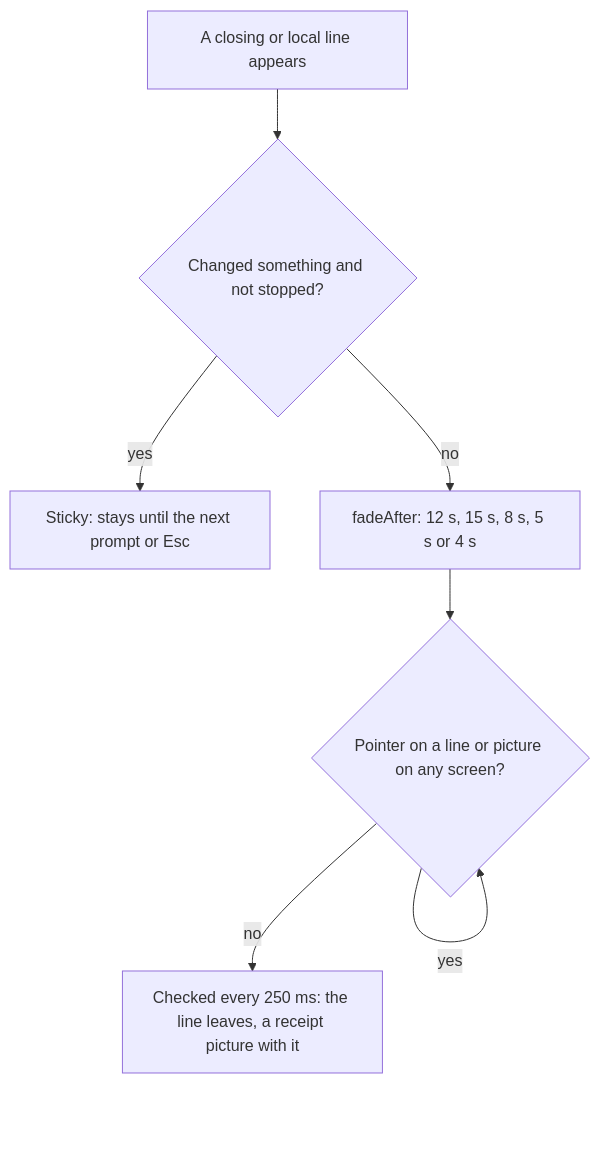
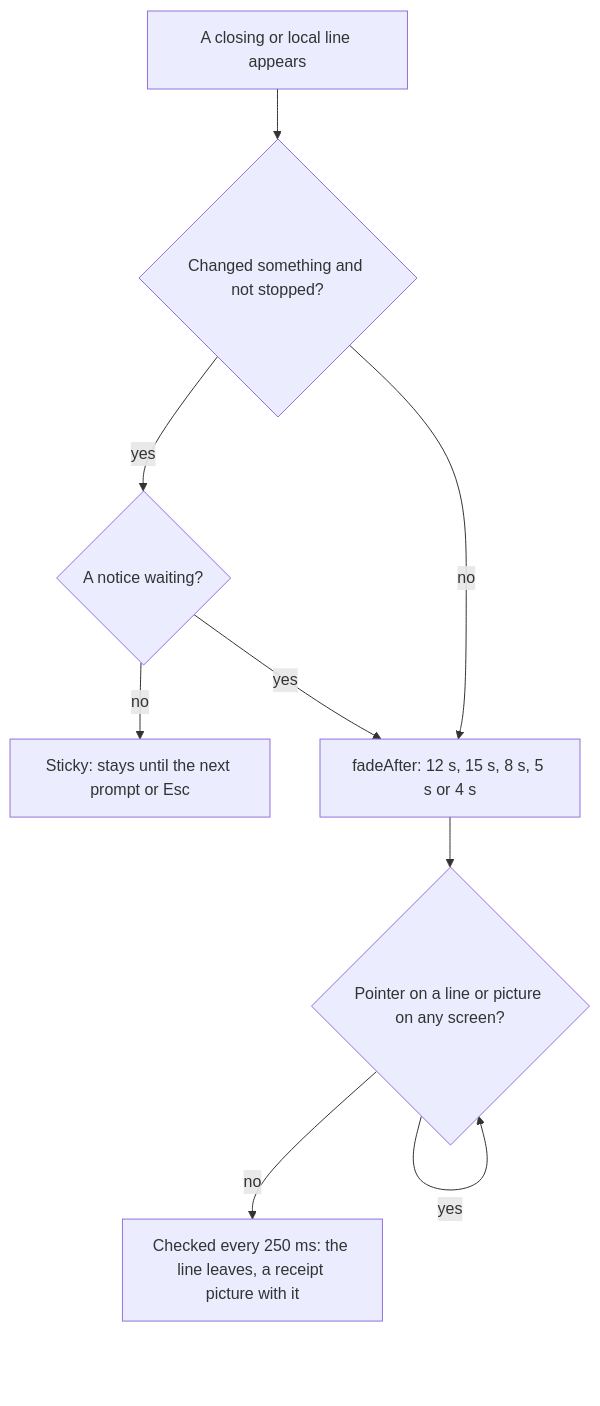
One commit to thedefaultman/Bombadil changed the diagram in docs/ux/keys-and-timings.md. Above: the diagram before and after it, drawn with Mermaid. The commit also changed other lines of this file and 31 other files, not shown here.

````diff
--- a/docs/ux/keys-and-timings.md
+++ b/docs/ux/keys-and-timings.md
@@ -117,9 +131,11 @@
 ```mermaid
 flowchart TD
     A["A closing or local line appears"] --> B{"Changed something and not stopped?"}
-    B -->|"yes"| C["Sticky: stays until the next prompt or Esc"]
+    B -->|"yes"| C{"A notice waiting?"}
+    C -->|"no"| G["Sticky: stays until the next prompt or Esc"]
+    C -->|"yes"| D
     B -->|"no"| D["fadeAfter: 12 s, 15 s, 8 s, 5 s or 4 s"]
     D --> E{"Pointer on a line or picture on any screen?"}
     E -->|"yes"| E
     E -->|"no"| F["Checked every 250 ms: the line leaves, a receipt picture with it"]
 ```
````
